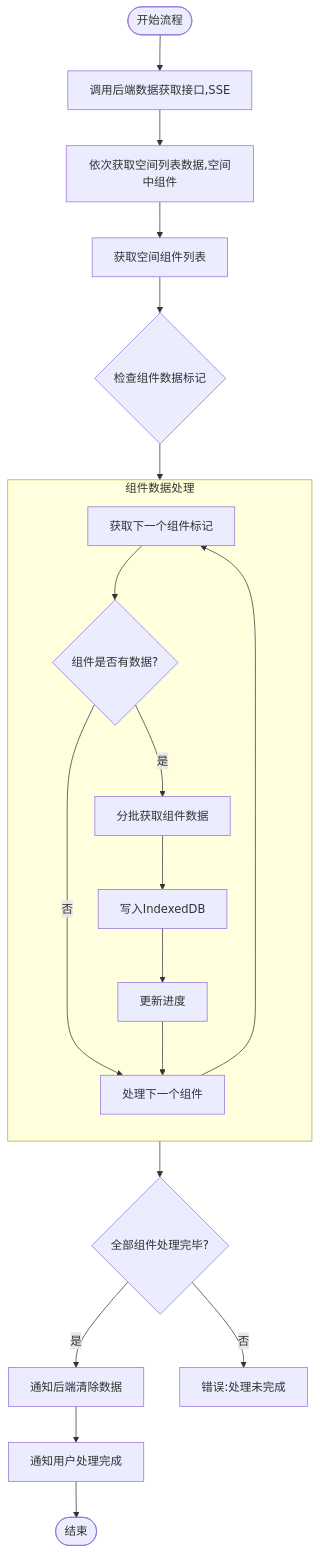
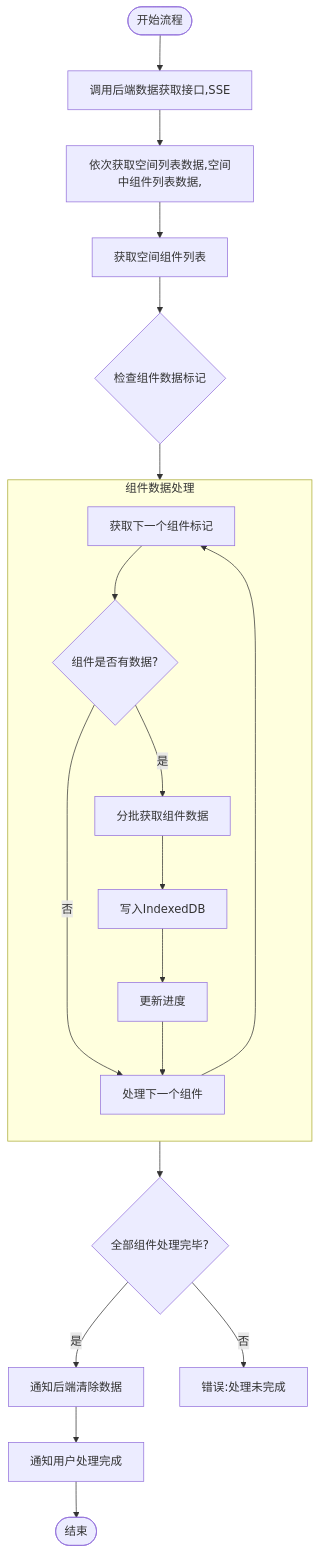
Before and after one commit to yingjianzh/iodraw-files: the diagram in all/未命名-59.md, drawn with Mermaid.

Commit message:
2025-05-14 14:51:16 update

````diff
--- a/all/未命名-59.md
+++ b/all/未命名-59.md
@@ -1,29 +1,29 @@
 ```mermaid
 
 flowchart TD
     Start([开始流程]) --> FetchData[调用后端数据获取接口,SSE]
-    FetchData --> FetchSpaceData[依次获取空间列表数据,空间中组件]
+    FetchData --> FetchSpaceData[依次获取空间列表数据,空间中组件列表数据,]
     FetchSpaceData --> FetchComponentList[获取空间组件列表]
     FetchComponentList --> CheckComponentData{检查组件数据标记}
     
     subgraph ComponentProcess [组件数据处理]
         direction TB
         A[获取下一个组件标记] --> B{组件是否有数据?}
         B -->|否| NextComponent[处理下一个组件]
         B -->|是| C[分批获取组件数据]
         C --> D[写入IndexedDB]
         D --> UpdateProgress[更新进度]
         UpdateProgress --> NextComponent
         NextComponent --> A
     end
     
     CheckComponentData --> ComponentProcess
     ComponentProcess --> AllComponentsProcessed{全部组件处理完毕?}
     
     AllComponentsProcessed -->|是| ClearServerData[通知后端清除数据]
     AllComponentsProcessed -->|否| Error3[错误:处理未完成]
     
     ClearServerData --> CompletionNotification[通知用户处理完成]
     CompletionNotification --> End([结束])
 
 ```
````
